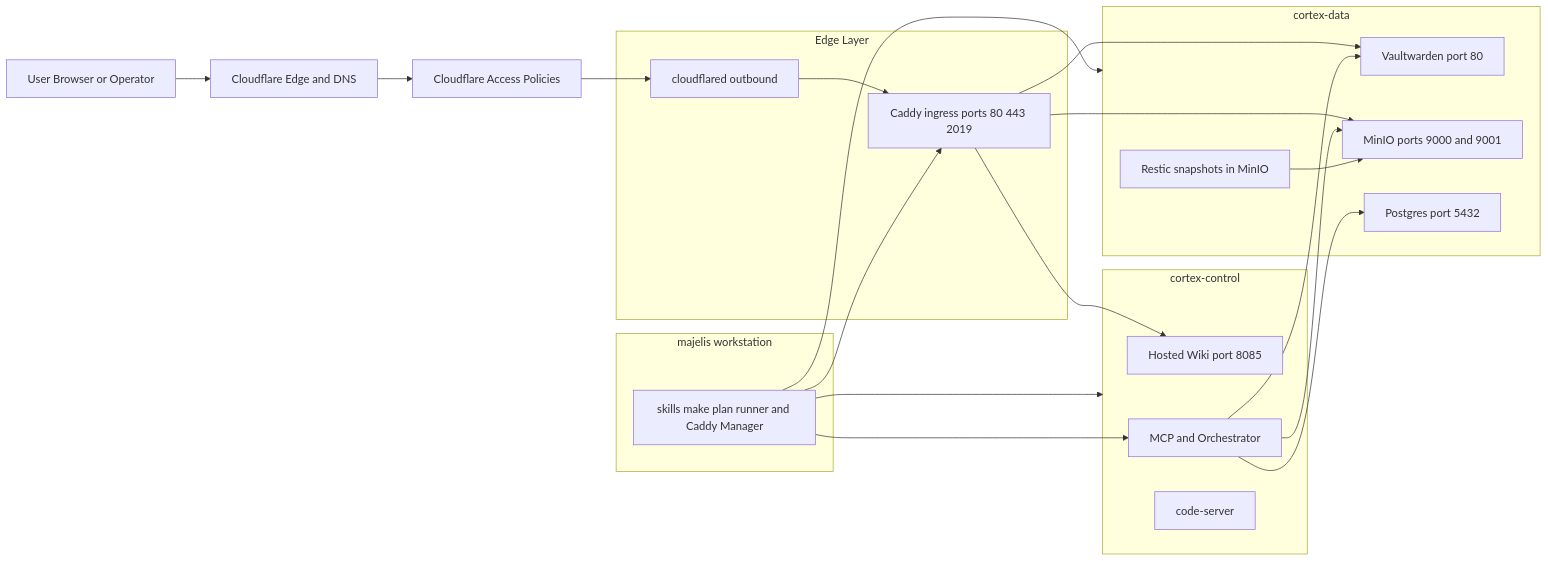
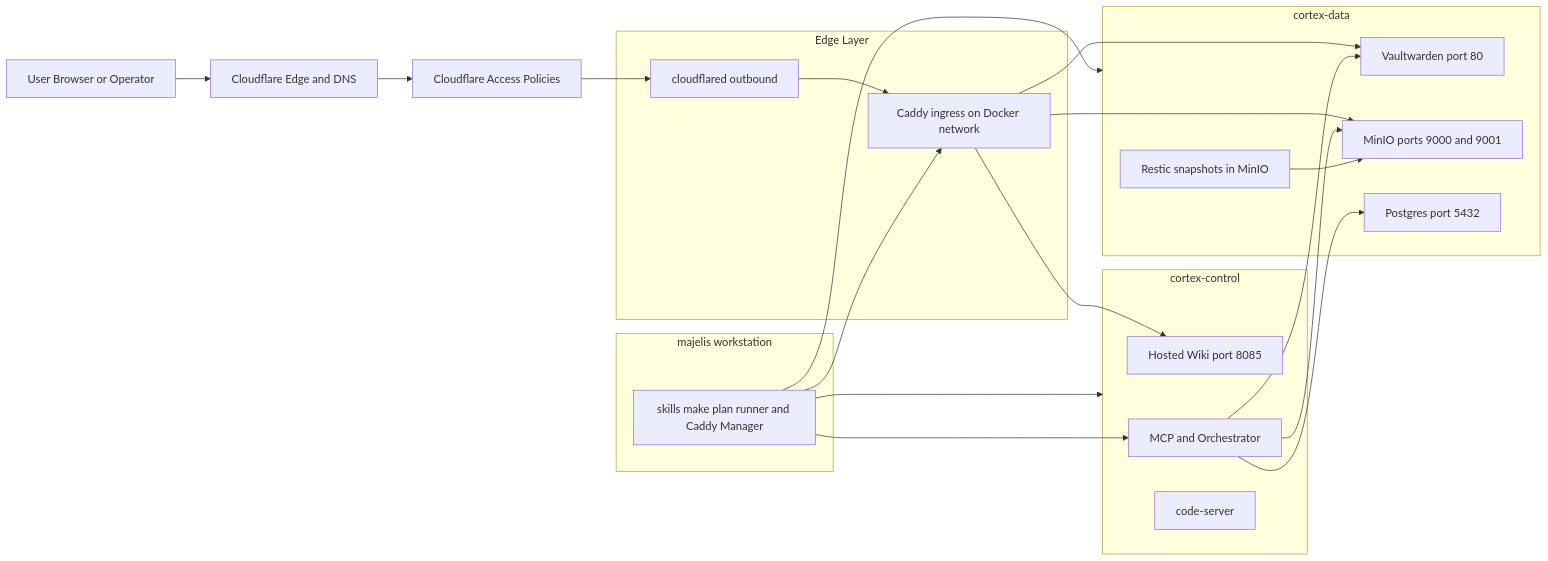
The second of 2 diagrams in docs/architecture-diagrams.md (msm028/Cortex), drawn with Mermaid before and after one commit. The commit also changed other lines of this file and 3 other files, not shown here.

````diff
--- a/docs/architecture-diagrams.md
+++ b/docs/architecture-diagrams.md
@@ -43,44 +43,44 @@
 ```mermaid
 flowchart LR
   user["User Browser or Operator"]
   cfa["Cloudflare Access Policies"]
   cfedge2["Cloudflare Edge and DNS"]
 
   subgraph edge["Edge Layer"]
     tunnel["cloudflared outbound"]
-    rp["Caddy ingress ports 80 443 2019"]
+    rp["Caddy ingress on Docker network"]
   end
 
   subgraph ctrl["cortex-control"]
     wiki2["Hosted Wiki port 8085"]
     mcp["MCP and Orchestrator"]
     codesrv["code-server"]
   end
 
   subgraph data["cortex-data"]
     vw2["Vaultwarden port 80"]
     minio2["MinIO ports 9000 and 9001"]
     pg2["Postgres port 5432"]
     restic["Restic snapshots in MinIO"]
   end
 
   subgraph ws["majelis workstation"]
     tools["skills make plan runner and Caddy Manager"]
   end
 
   user --> cfedge2
   cfedge2 --> cfa
   cfa --> tunnel
   tunnel --> rp
   rp --> vw2
   rp --> minio2
   rp --> wiki2
   mcp --> vw2
   mcp --> pg2
   mcp --> minio2
   restic --> minio2
   tools --> mcp
   tools --> ctrl
   tools --> data
   tools --> rp
 ```
````
